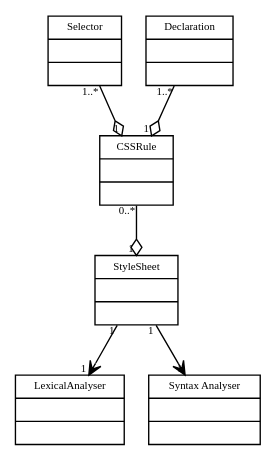
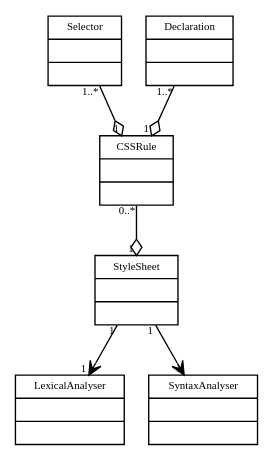
Before and after one commit to ScenarioWeekTeam/browser-uml: the diagram in css-parser.gv, drawn with Graphviz.

Commit message:
Fix class name for SyntaxAnalyser

```diff
--- a/css-parser.gv
+++ b/css-parser.gv
@@ -1,68 +1,68 @@
 digraph g {
     fontname = "Bitstream Vera Sans"
     fontsize = 8
 
    node [
         fontname = "Bitstream Vera Sans"
         fontsize = 8
         shape = "record"
     ]
 
     edge [
         fontname = "Bitstream Vera Sans"
         fontsize = 8
     ]
 
     StyleSheet [
         label = "{StyleSheet|\l|\l}"
     ]
     
     CSSRule [
         label = "{CSSRule|\l|\l}"
     ]
     
     Selector [
         label = "{Selector|\l|\l}"
     ]
     
     Declaration [
         label = "{Declaration|\l|\l}"
     ]
     
     edge [
         arrowhead = "ediamond"
         
         headlabel = "1 "
         taillabel = "0..*"
     ]
     
     CSSRule -> StyleSheet
     
     edge [
         arrowhead = "ediamond"
         
         headlabel = "1 "
         taillabel = "1..*"
     ]
     
     Selector -> CSSRule
     Declaration -> CSSRule
     
     LexicalAnalyser [
         label = "{LexicalAnalyser|\l|\l}"
     ]
     
     SyntaxAnalyser [
-        label = "{Syntax Analyser|\l|\l}"
+        label = "{SyntaxAnalyser|\l|\l}"
     ]
     
     edge [
         arrowhead = "open"
         
         headlabel = "1 "
         taillabel = "1 "
     ]
     
     StyleSheet -> LexicalAnalyser
     StyleSheet -> SyntaxAnalyser
 }
```
